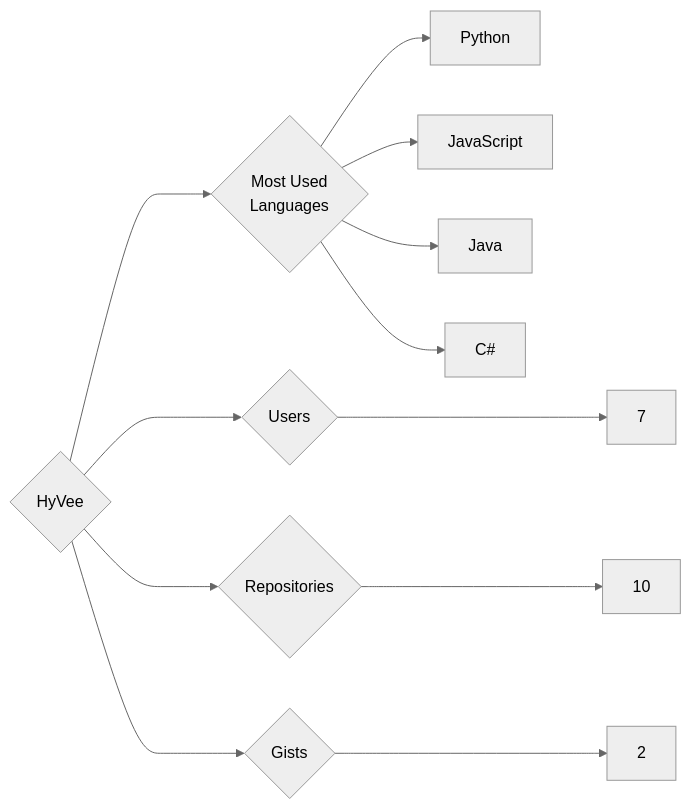
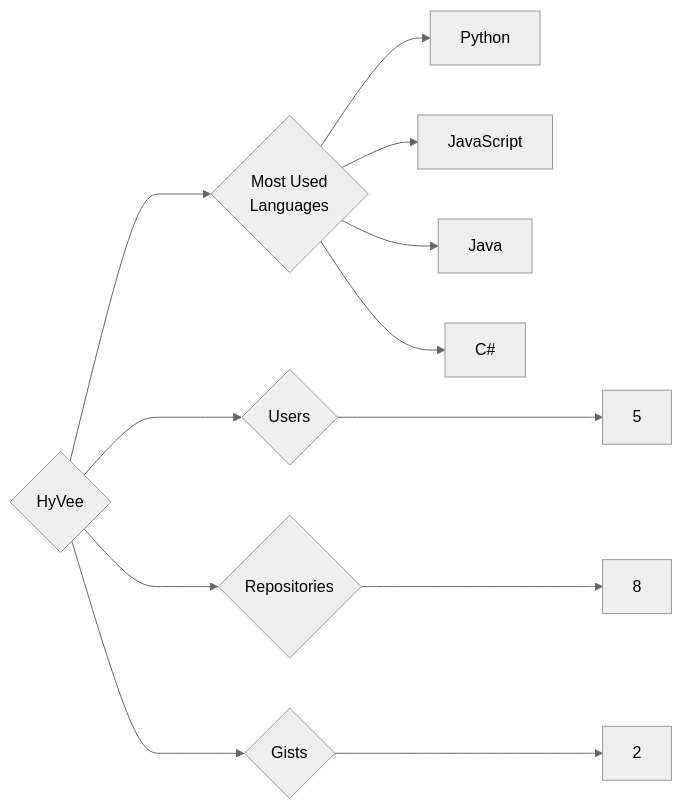
Before and after one commit to trickest/insiders: the diagram in targets/HyVee/README.md, drawn with Mermaid (neutral theme). The commit also changed 1055 other files, not shown here.

````diff
--- a/targets/HyVee/README.md
+++ b/targets/HyVee/README.md
@@ -3,12 +3,12 @@
 ```mermaid
 graph LR
 COMPANY_NAME{HyVee}
-COMPANY_NAME ---> U{Users} ---> UN[7]
-COMPANY_NAME ---> R{Repositories} ---> RN[10]
+COMPANY_NAME ---> U{Users} ---> UN[5]
+COMPANY_NAME ---> R{Repositories} ---> RN[8]
 COMPANY_NAME ---> G{Gists} ---> GN[2]
 COMPANY_NAME ---> ML{Most Used<br>Languages}
 ML --> Python[Python]
 ML --> JavaScript[JavaScript]
 ML --> Java[Java]
 ML --> C#[C#]
 ```
````
